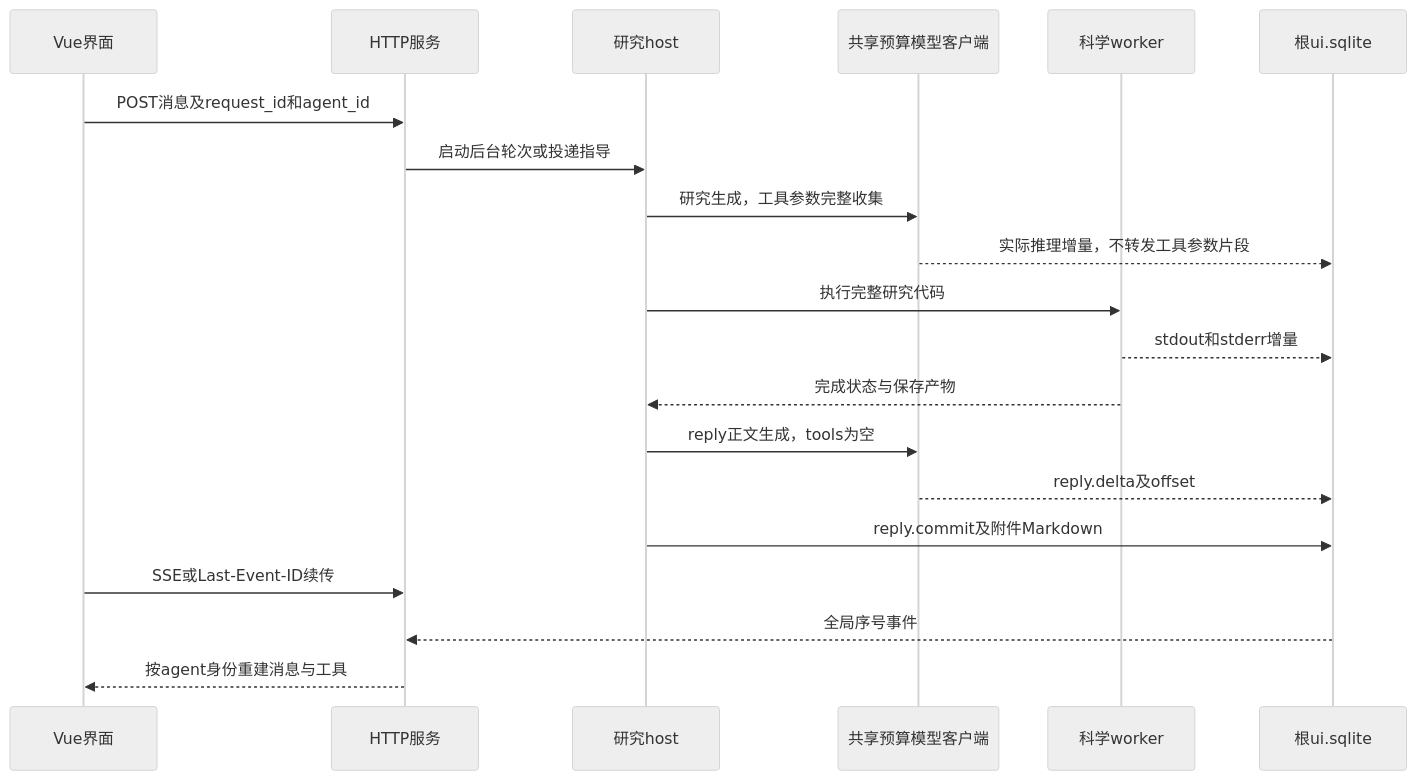
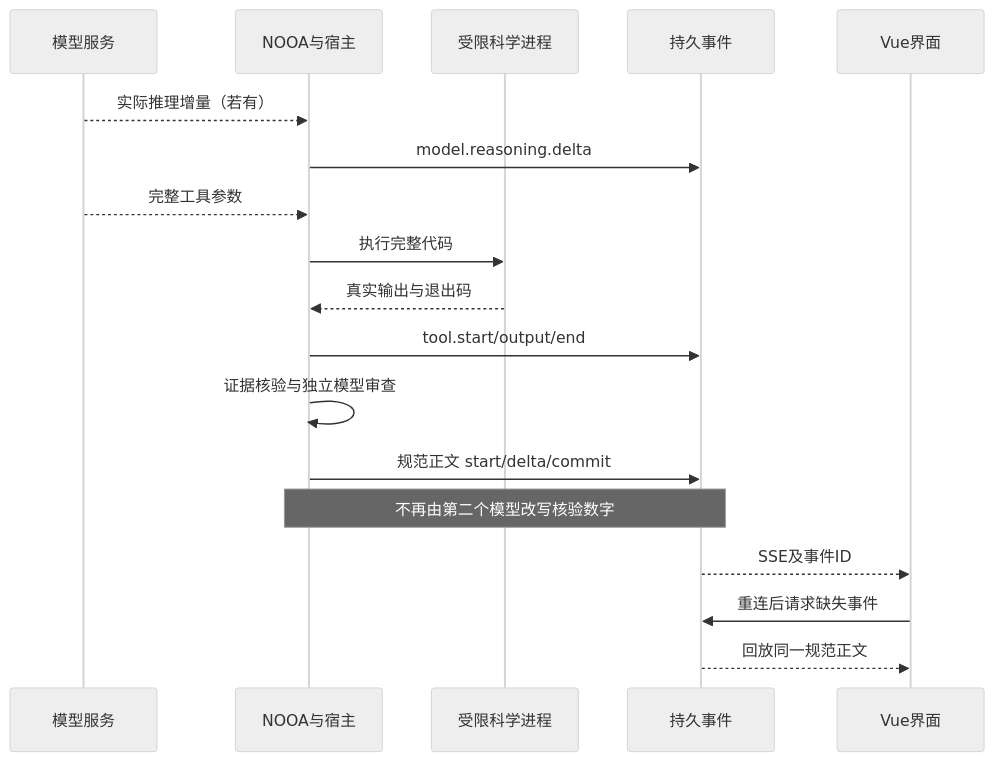
The diagram in docs/sphinx/diagrams/stream.mmd (pty819/nooa-etching-rca), drawn with Mermaid (neutral theme) before and after one commit. The commit also changed 105 other files, not shown here.

```diff
--- a/docs/sphinx/diagrams/stream.mmd
+++ b/docs/sphinx/diagrams/stream.mmd
@@ -1,20 +1,18 @@
 sequenceDiagram
-  participant U as Vue界面
-  participant H as HTTP服务
-  participant A as 研究host
-  participant M as 共享预算模型客户端
-  participant W as 科学worker
-  participant E as 根ui.sqlite
-  U->>H: POST消息及request_id和agent_id
-  H->>A: 启动后台轮次或投递指导
-  A->>M: 研究生成，工具参数完整收集
-  M-->>E: 实际推理增量，不转发工具参数片段
-  A->>W: 执行完整研究代码
-  W-->>E: stdout和stderr增量
-  W-->>A: 完成状态与保存产物
-  A->>M: reply正文生成，tools为空
-  M-->>E: reply.delta及offset
-  A->>E: reply.commit及附件Markdown
-  U->>H: SSE或Last-Event-ID续传
-  E-->>H: 全局序号事件
-  H-->>U: 按agent身份重建消息与工具
+  participant Model as 模型服务
+  participant Host as NOOA与宿主
+  participant Worker as 受限科学进程
+  participant Log as 持久事件
+  participant UI as Vue界面
+  Model-->>Host: 实际推理增量（若有）
+  Host->>Log: model.reasoning.delta
+  Model-->>Host: 完整工具参数
+  Host->>Worker: 执行完整代码
+  Worker-->>Host: 真实输出与退出码
+  Host->>Log: tool.start/output/end
+  Host->>Host: 证据核验与独立模型审查
+  Host->>Log: 规范正文 start/delta/commit
+  Note over Host,Log: 不再由第二个模型改写核验数字
+  Log-->>UI: SSE及事件ID
+  UI->>Log: 重连后请求缺失事件
+  Log-->>UI: 回放同一规范正文
```
